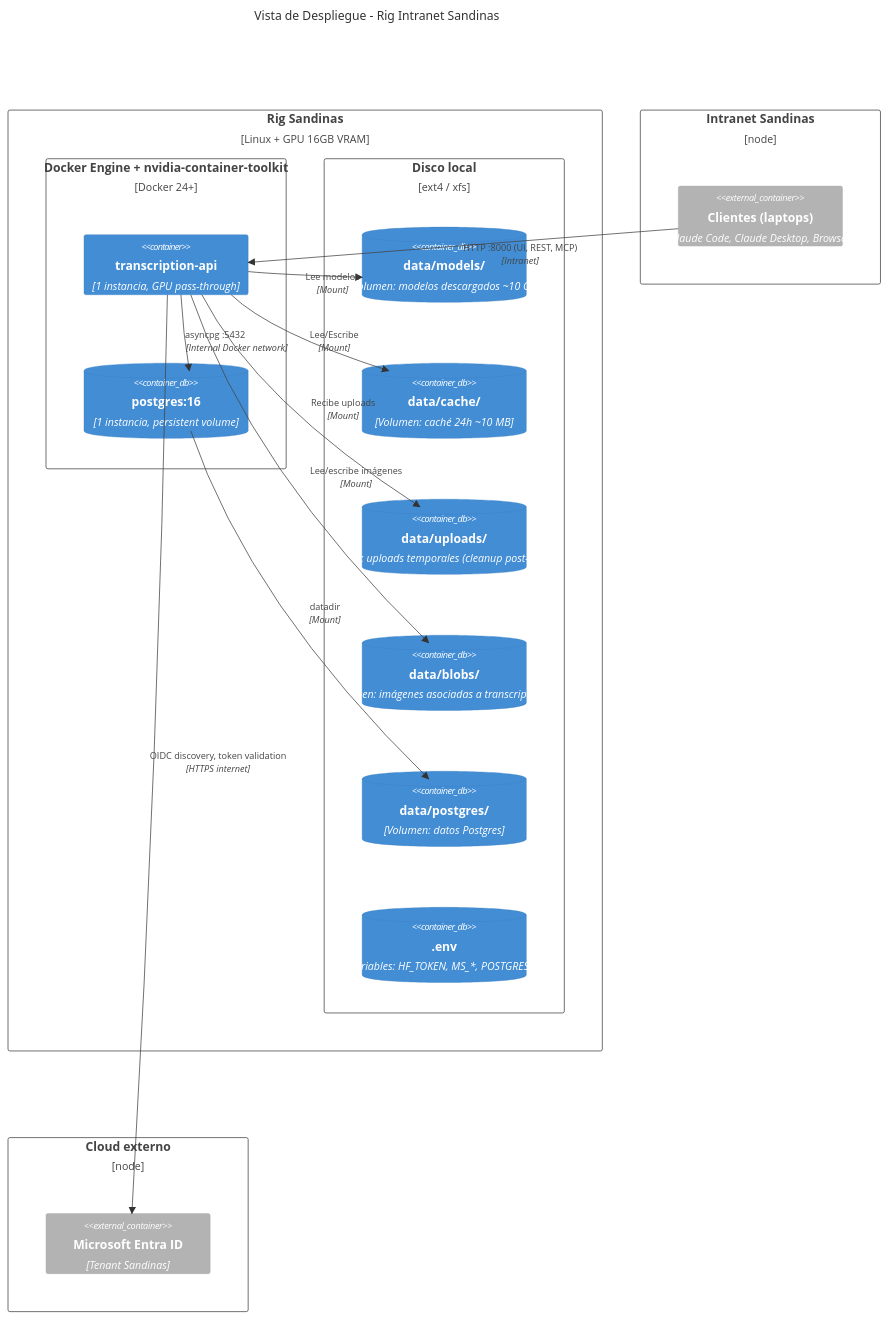
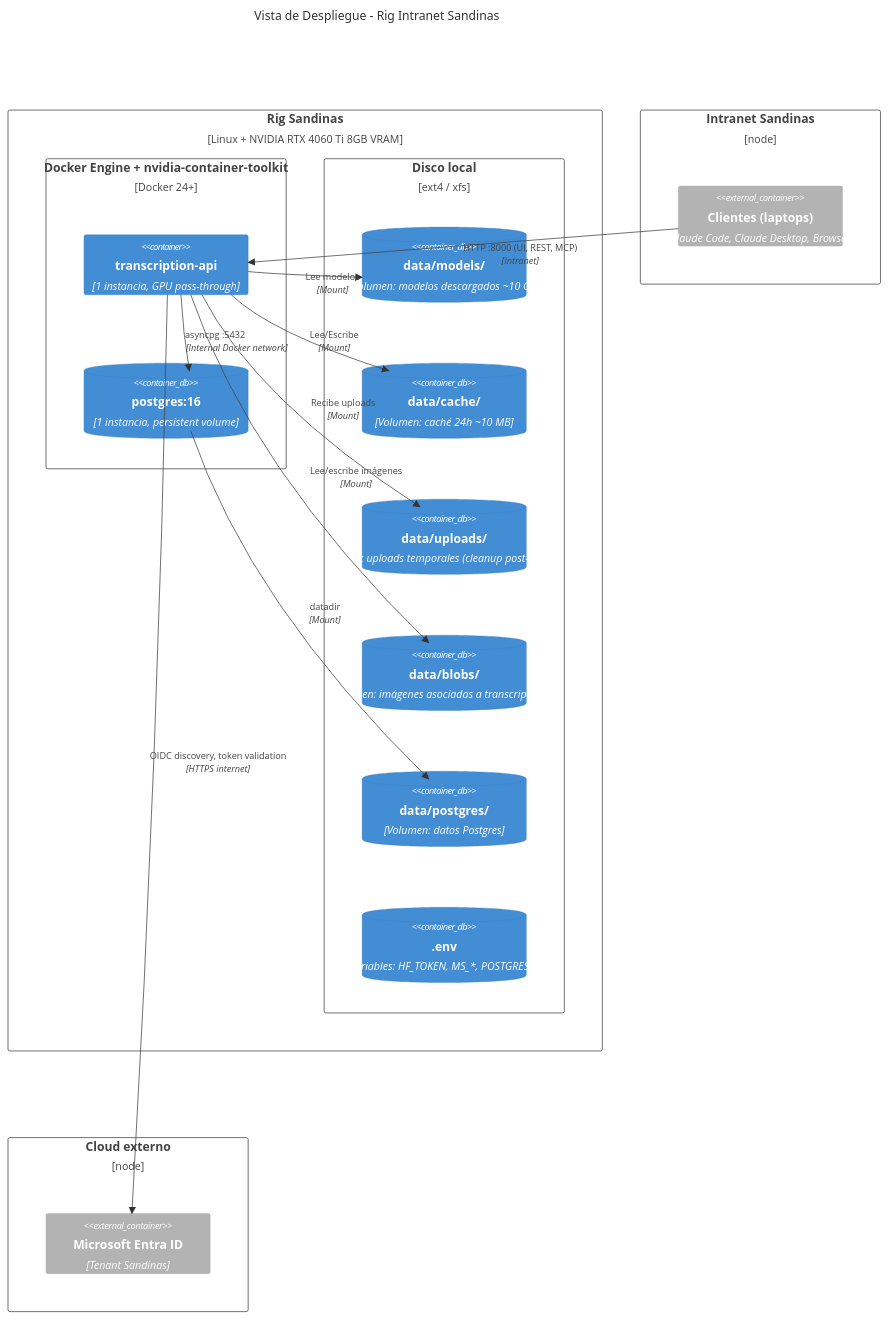
Before and after one commit to Soluciones-Andinas/Transcriptor-AI: the fourth of 4 diagrams in wiki/02_arquitectura.md, drawn with Mermaid. The commit also changed other lines of this file and 10 other files, not shown here.

````diff
--- a/wiki/02_arquitectura.md
+++ b/wiki/02_arquitectura.md
@@ -207,36 +207,36 @@
 ```mermaid
 C4Deployment
     title Vista de Despliegue - Rig Intranet Sandinas
 
-    Deployment_Node(rig, "Rig Sandinas", "Linux + GPU 16GB VRAM") {
+    Deployment_Node(rig, "Rig Sandinas", "Linux + NVIDIA RTX 4060 Ti 8GB VRAM") {
         Deployment_Node(docker, "Docker Engine + nvidia-container-toolkit", "Docker 24+") {
             Container(api, "transcription-api", "1 instancia, GPU pass-through")
             ContainerDb(pg, "postgres:16", "1 instancia, persistent volume")
         }
         Deployment_Node(disk, "Disco local", "ext4 / xfs") {
             ContainerDb(modelsVol, "data/models/", "Volumen: modelos descargados ~10 GB")
             ContainerDb(cacheVol, "data/cache/", "Volumen: caché 24h ~10 MB")
             ContainerDb(uploadsVol, "data/uploads/", "Volumen: uploads temporales (cleanup post-pipeline)")
             ContainerDb(blobsVol, "data/blobs/", "Volumen: imágenes asociadas a transcripciones")
             ContainerDb(pgVol, "data/postgres/", "Volumen: datos Postgres")
             ContainerDb(envFile, ".env", "Variables: HF_TOKEN, MS_*, POSTGRES_*")
         }
     }
 
     Deployment_Node(net, "Intranet Sandinas") {
         Container_Ext(clients, "Clientes (laptops)", "Claude Code, Claude Desktop, Browser")
     }
 
     Deployment_Node(cloud, "Cloud externo") {
         Container_Ext(entra, "Microsoft Entra ID", "Tenant Sandinas")
     }
 
     Rel(clients, api, "HTTP :8000 (UI, REST, MCP)", "Intranet")
     Rel(api, pg, "asyncpg :5432", "Internal Docker network")
     Rel(api, entra, "OIDC discovery, token validation", "HTTPS internet")
     Rel(api, modelsVol, "Lee modelos", "Mount")
     Rel(api, cacheVol, "Lee/Escribe", "Mount")
     Rel(api, uploadsVol, "Recibe uploads", "Mount")
     Rel(api, blobsVol, "Lee/escribe imágenes", "Mount")
     Rel(pg, pgVol, "datadir", "Mount")
 ```
````
